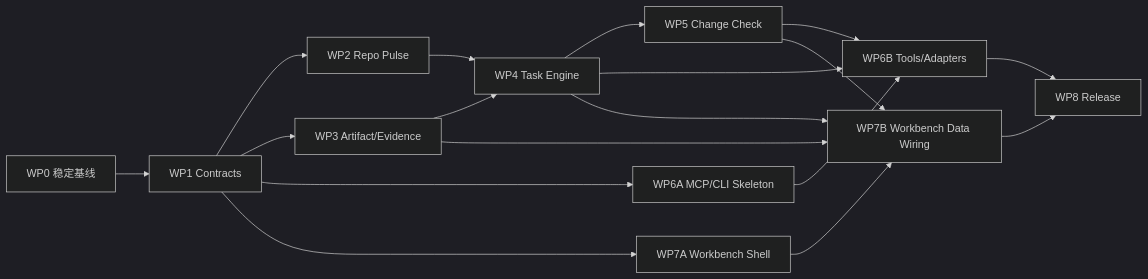
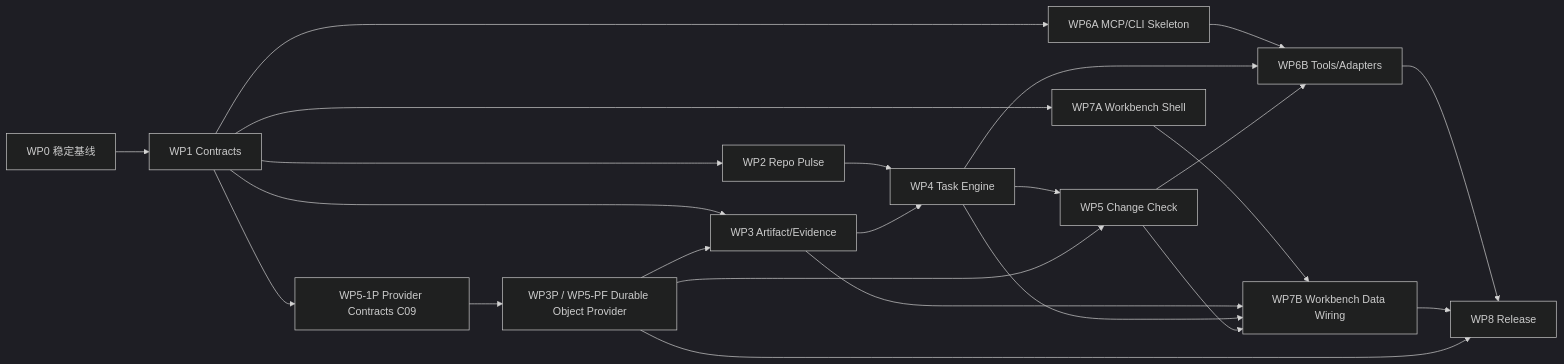
One commit to chifanjie/Tomato changed the third of 3 diagrams in docs/prd/2026-07-27-agent-native-change-intelligence-rd-plan.md. Above: the diagram before and after it, drawn with Mermaid (dark theme). The commit also changed other lines of this file and 2 other files, not shown here.

````diff
--- a/docs/prd/2026-07-27-agent-native-change-intelligence-rd-plan.md
+++ b/docs/prd/2026-07-27-agent-native-change-intelligence-rd-plan.md
@@ -2685,20 +4297,25 @@
 ```mermaid
 flowchart LR
     WP0["WP0 稳定基线"] --> WP1["WP1 Contracts"]
+    WP1 --> WP51P["WP5-1P Provider Contracts C09"]
+    WP51P --> WP3P["WP3P / WP5-PF Durable Object Provider"]
     WP1 --> WP2["WP2 Repo Pulse"]
     WP1 --> WP3["WP3 Artifact/Evidence"]
     WP1 --> WP6A["WP6A MCP/CLI Skeleton"]
     WP1 --> WP7A["WP7A Workbench Shell"]
     WP2 --> WP4["WP4 Task Engine"]
     WP3 --> WP4
+    WP3P --> WP3
     WP4 --> WP5["WP5 Change Check"]
+    WP3P --> WP5
     WP6A --> WP6B["WP6B Tools/Adapters"]
     WP4 --> WP6B
     WP5 --> WP6B
     WP7A --> WP7B["WP7B Workbench Data Wiring"]
     WP3 --> WP7B
     WP4 --> WP7B
     WP5 --> WP7B
     WP6B --> WP8["WP8 Release"]
     WP7B --> WP8
+    WP3P --> WP8
 ```
````
